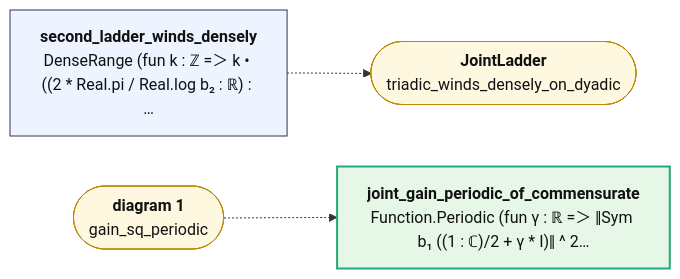
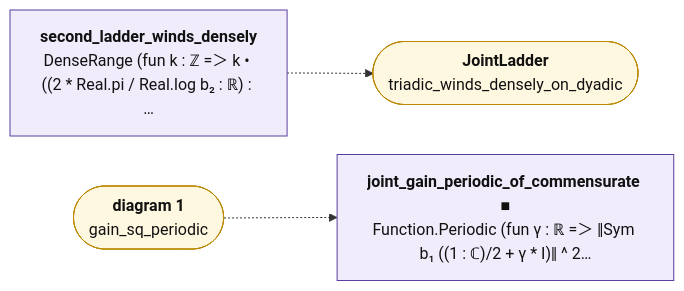
One commit to juliansambranojr/Primebeat_081426 changed the second of 2 diagrams in map/lean/Chain.md. Above: the diagram before and after it, drawn with Mermaid. The commit also changed other lines of this file and 398 other files, not shown here.

````diff
--- a/map/lean/Chain.md
+++ b/map/lean/Chain.md
@@ -95,14 +98,17 @@
 ```mermaid
 flowchart LR
-  n0["<b>joint_gain_periodic_of_commensurate</b><br/>Function.Periodic (fun γ : ℝ =＞ ‖Sym b₁ ((1 : ℂ)/2 + γ * I)‖ ^ 2…"]:::end_
-  n1["<b>second_ladder_winds_densely</b><br/>DenseRange (fun k : ℤ =＞ k • ((2 * Real.pi / Real.log b₂ : ℝ) : …"]:::thm
+  n0["<b>joint_gain_periodic_of_commensurate ■</b><br/>Function.Periodic (fun γ : ℝ =＞ ‖Sym b₁ ((1 : ℂ)/2 + γ * I)‖ ^ 2…"]:::shp
+  n1["<b>second_ladder_winds_densely</b><br/>DenseRange (fun k : ℤ =＞ k • ((2 * Real.pi / Real.log b₂ : ℝ) : …"]:::shp
   x0(["<b>diagram 1</b><br/>gain_sq_periodic"]):::ext
   x1(["<b>JointLadder</b><br/>triadic_winds_densely_on_dyadic"]):::ext
   n1 -.-> x1
   x0 -.-> n0
+  classDef cnt fill:#dff5ec,stroke:#17694a,color:#111
+  classDef shp fill:#f1ecfb,stroke:#5b3fa0,color:#111
+  classDef rh fill:#ffe5e5,stroke:#c22,color:#111,stroke-width:2px
   classDef thm fill:#eef4ff,stroke:#335,color:#111
   classDef end_ fill:#e7f7e7,stroke:#2a7,color:#111,stroke-width:2px
   classDef lone fill:#fff,stroke:#999,color:#111,stroke-dasharray:4 3
   classDef bad fill:#ffe5e5,stroke:#c22,color:#111,stroke-width:2px
   classDef ext fill:#fff8e1,stroke:#b80,color:#111
 ```
````
